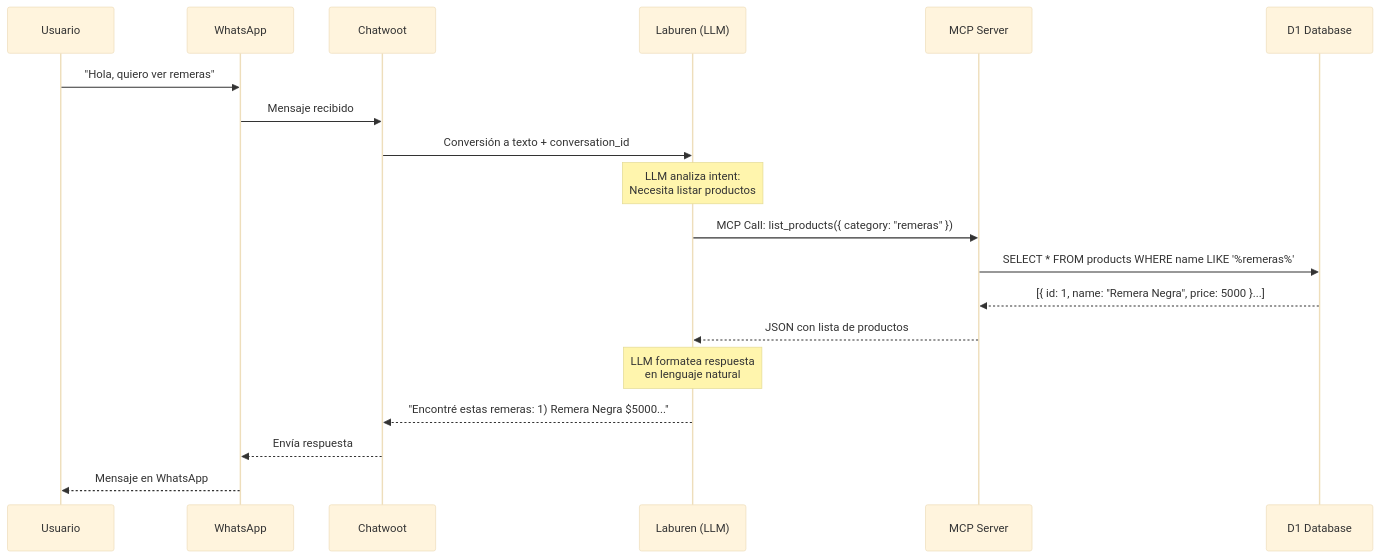
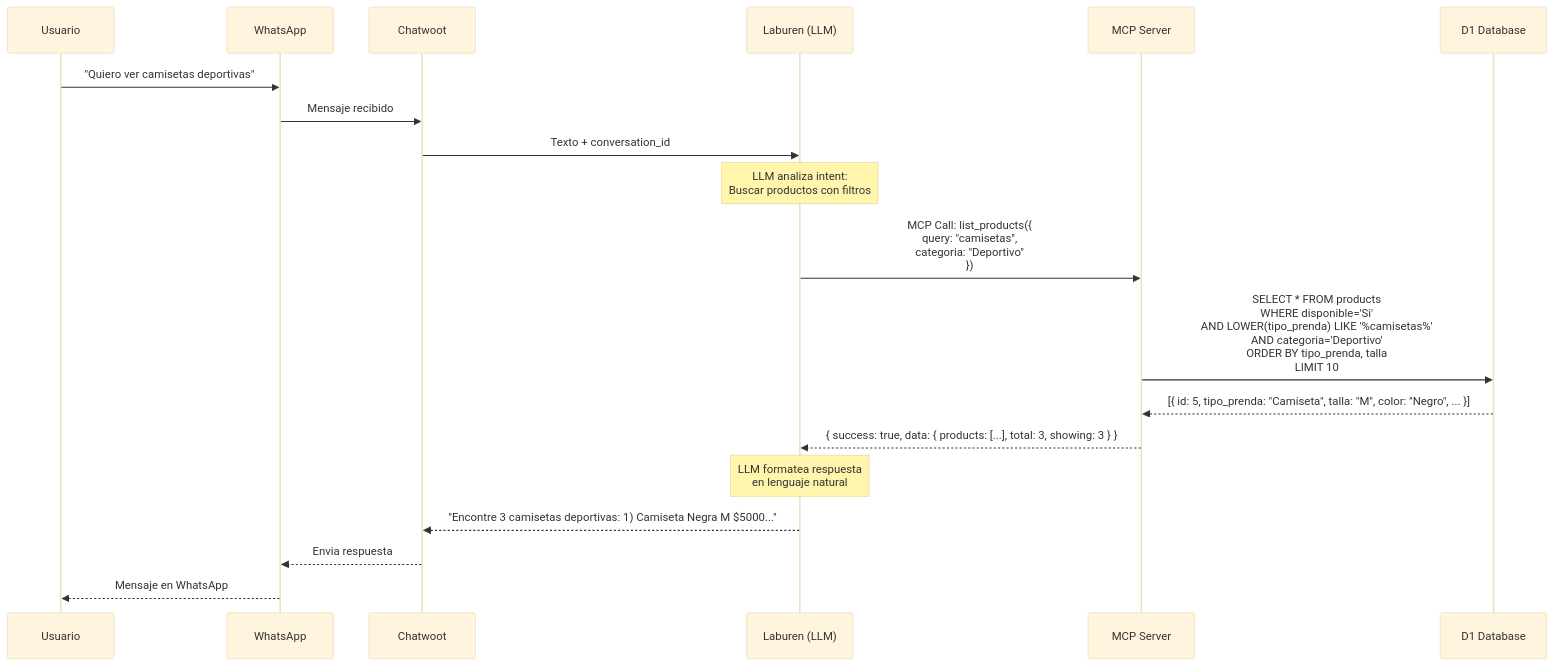
The second of 7 diagrams in docs/flujo-agente.md (ArielDRighi/laburen-challenge), drawn with Mermaid (base theme) before and after one commit. The commit also changed other lines of this file and 4 other files, not shown here.

````diff
--- a/docs/flujo-agente.md
+++ b/docs/flujo-agente.md
@@ -43,26 +43,26 @@
 ```mermaid
 sequenceDiagram
     participant U as Usuario
     participant W as WhatsApp
     participant C as Chatwoot
     participant L as Laburen (LLM)
     participant M as MCP Server
     participant D as D1 Database
 
-    U->>W: "Hola, quiero ver remeras"
+    U->>W: "Quiero ver camisetas deportivas"
     W->>C: Mensaje recibido
-    C->>L: Conversión a texto + conversation_id
+    C->>L: Texto + conversation_id
 
-    Note over L: LLM analiza intent:<br/>Necesita listar productos
+    Note over L: LLM analiza intent:<br/>Buscar productos con filtros
 
-    L->>M: MCP Call: list_products({ category: "remeras" })
-    M->>D: SELECT * FROM products WHERE name LIKE '%remeras%'
-    D-->>M: [{ id: 1, name: "Remera Negra", price: 5000 }...]
-    M-->>L: JSON con lista de productos
+    L->>M: MCP Call: list_products({<br/>  query: "camisetas",<br/>  categoria: "Deportivo"<br/>})
+    M->>D: SELECT * FROM products<br/>WHERE disponible='Si'<br/>AND LOWER(tipo_prenda) LIKE '%camisetas%'<br/>AND categoria='Deportivo'<br/>ORDER BY tipo_prenda, talla<br/>LIMIT 10
+    D-->>M: [{ id: 5, tipo_prenda: "Camiseta", talla: "M", color: "Negro", ... }]
+    M-->>L: { success: true, data: { products: [...], total: 3, showing: 3 } }
 
     Note over L: LLM formatea respuesta<br/>en lenguaje natural
 
-    L-->>C: "Encontré estas remeras: 1) Remera Negra $5000..."
-    C-->>W: Envía respuesta
+    L-->>C: "Encontre 3 camisetas deportivas: 1) Camiseta Negra M $5000..."
+    C-->>W: Envia respuesta
     W-->>U: Mensaje en WhatsApp
 ```
````
